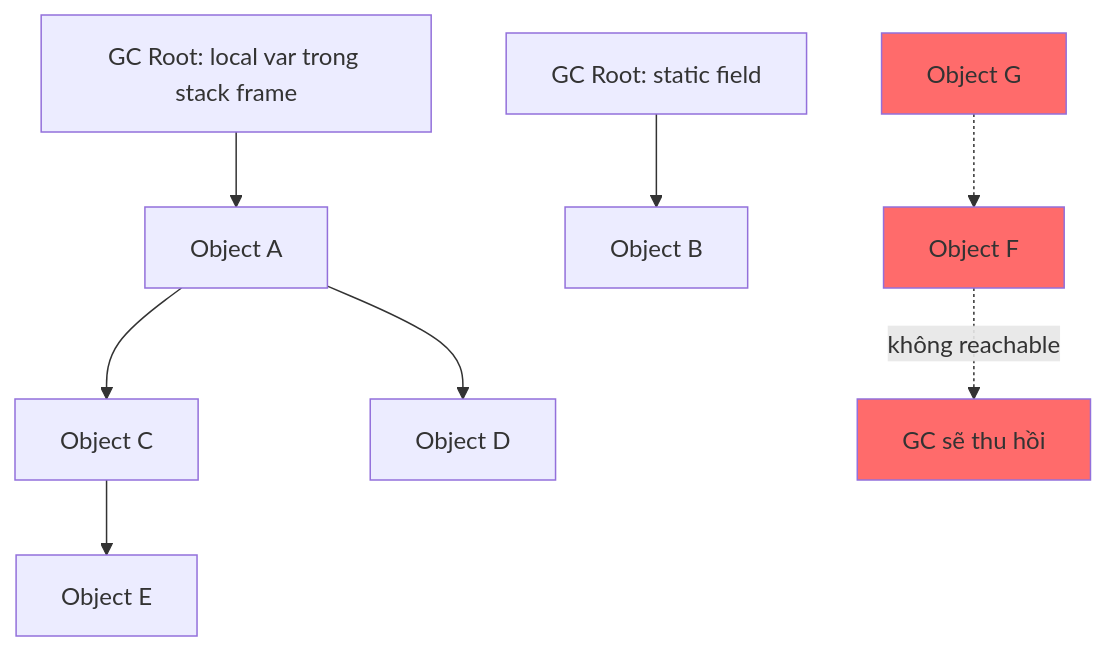
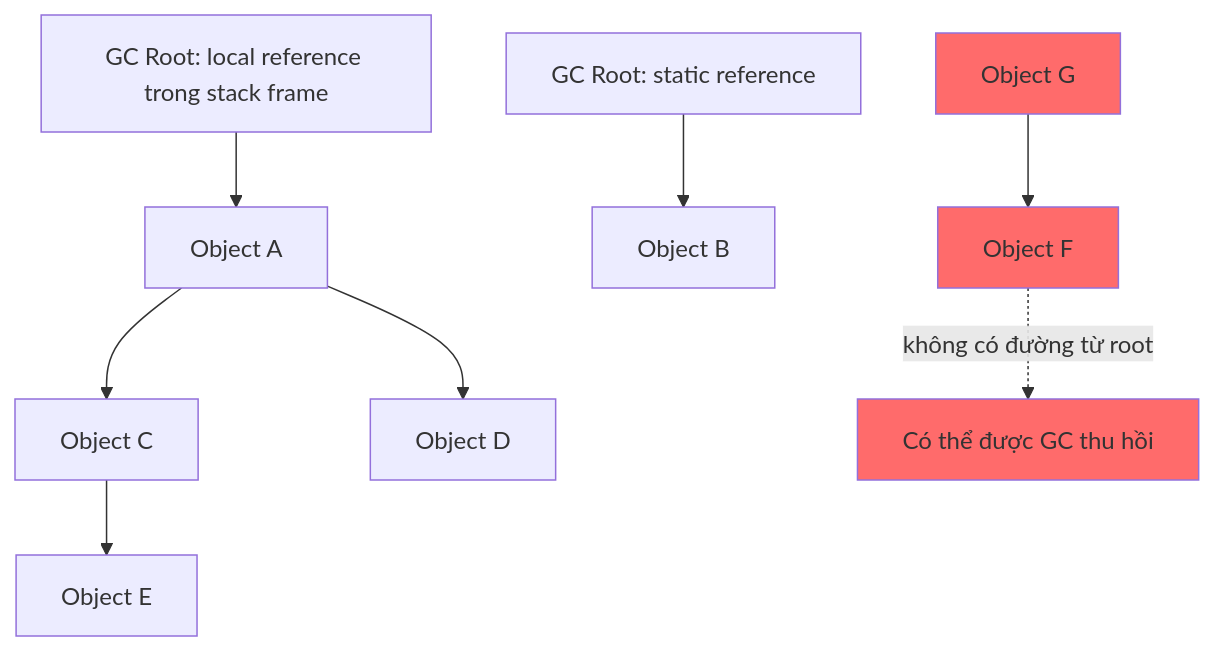
The first of 5 diagrams in content/docs/jvm/garbage-collection.md (vanhiep99w/java-learn), drawn with Mermaid before and after one commit. The commit also changed other lines of this file, not shown here.

````diff
--- a/content/docs/jvm/garbage-collection.md
+++ b/content/docs/jvm/garbage-collection.md
@@ -38,15 +107,15 @@
 ```mermaid
 flowchart TD
-    R1["GC Root: local var trong stack frame"] --> A["Object A"]
-    R2["GC Root: static field"] --> B["Object B"]
+    R1["GC Root: local reference trong stack frame"] --> A["Object A"]
+    R2["GC Root: static reference"] --> B["Object B"]
     A --> C["Object C"]
     A --> D["Object D"]
     C --> E["Object E"]
-    
-    F["Object F"] -.->|"không reachable"| X["GC sẽ thu hồi"]
-    G["Object G"] -.-> F
-    
+
+    F["Object F"] -.->|"không có đường từ root"| X["Có thể được GC thu hồi"]
+    G["Object G"] --> F
+
     style F fill:#ff6b6b
     style G fill:#ff6b6b
     style X fill:#ff6b6b
 ```
````
